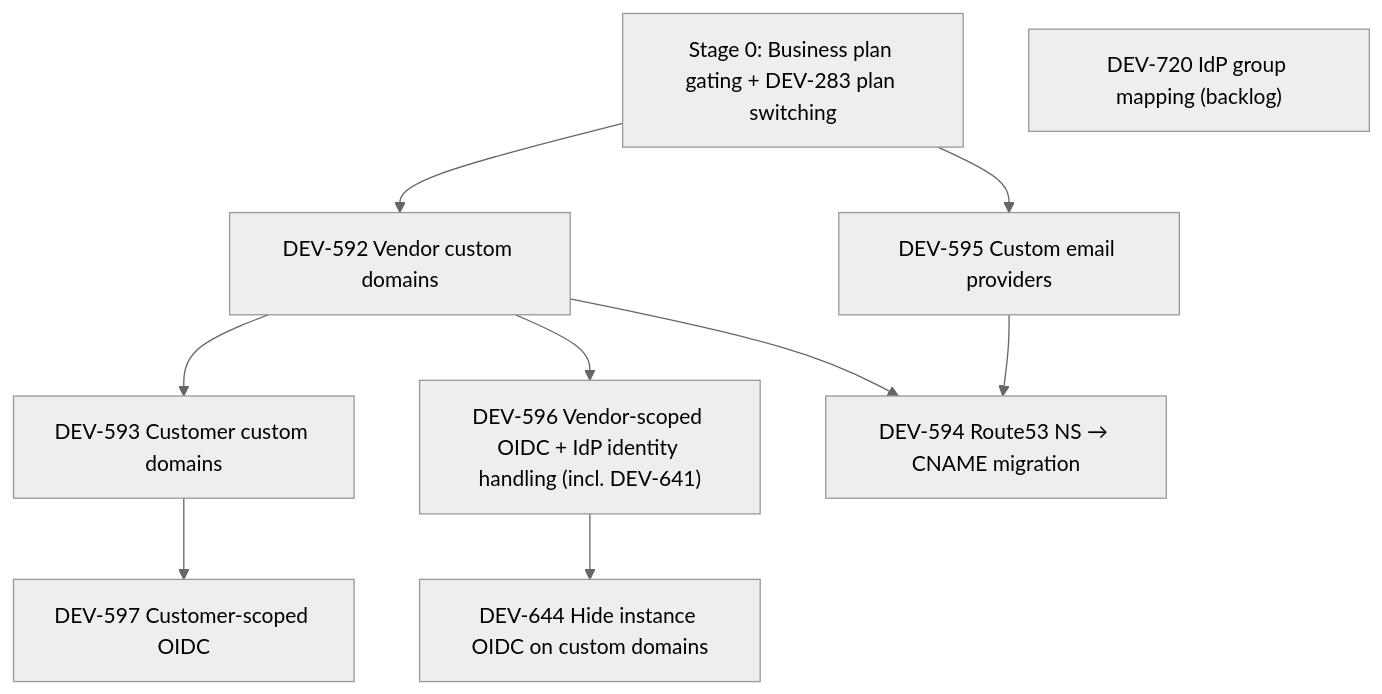
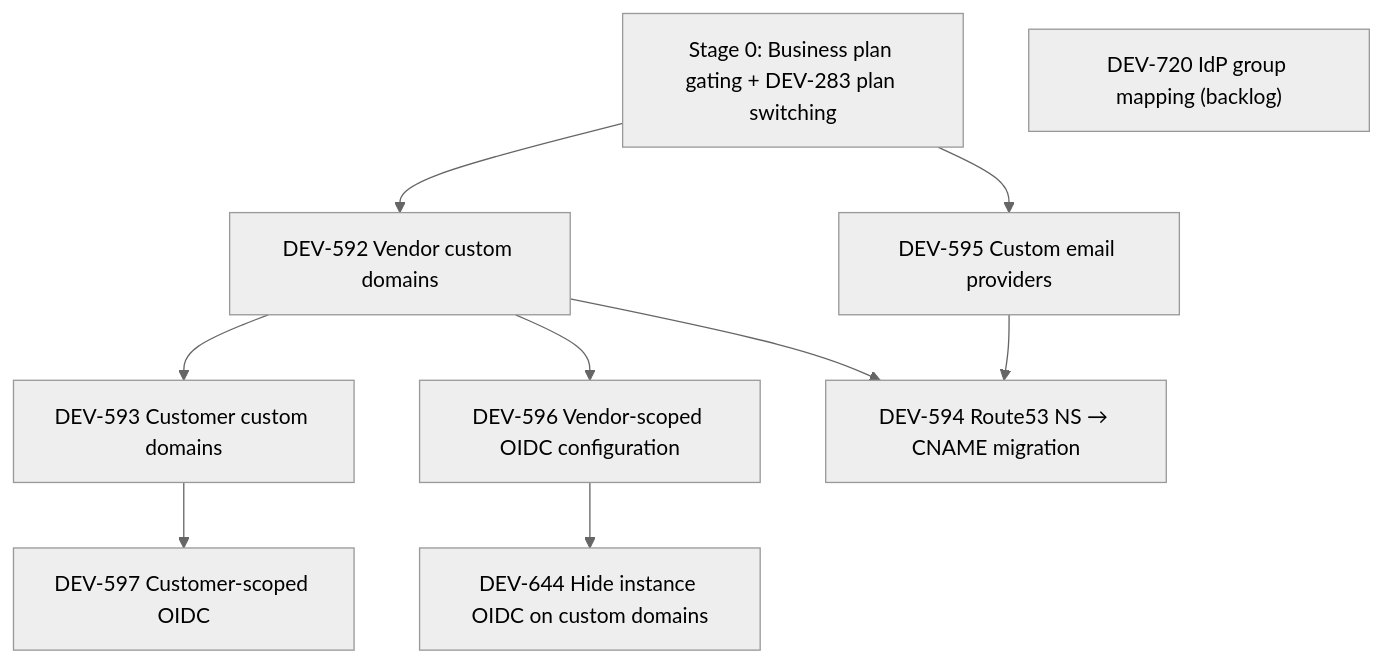
Before and after one commit to distr-sh/distr: the diagram in hack/oidc-plan.md, drawn with Mermaid (neutral theme). The commit also changed other lines of this file and 14 other files, not shown here.

````diff
--- a/hack/oidc-plan.md
+++ b/hack/oidc-plan.md
@@ -18,12 +18,12 @@
 ```mermaid
 graph TD
     DEV283["Stage 0: Business plan gating + DEV-283 plan switching"] --> DEV592
     DEV592["DEV-592 Vendor custom domains"] --> DEV593["DEV-593 Customer custom domains"]
-    DEV592 --> DEV596["DEV-596 Vendor-scoped OIDC + IdP identity handling (incl. DEV-641)"]
+    DEV592 --> DEV596["DEV-596 Vendor-scoped OIDC configuration"]
     DEV592 --> DEV594["DEV-594 Route53 NS → CNAME migration"]
     DEV283 --> DEV595
     DEV595["DEV-595 Custom email providers"] --> DEV594
     DEV593 --> DEV597["DEV-597 Customer-scoped OIDC"]
     DEV596 --> DEV644["DEV-644 Hide instance OIDC on custom domains"]
     DEV720["DEV-720 IdP group mapping (backlog)"]
 ```
````
